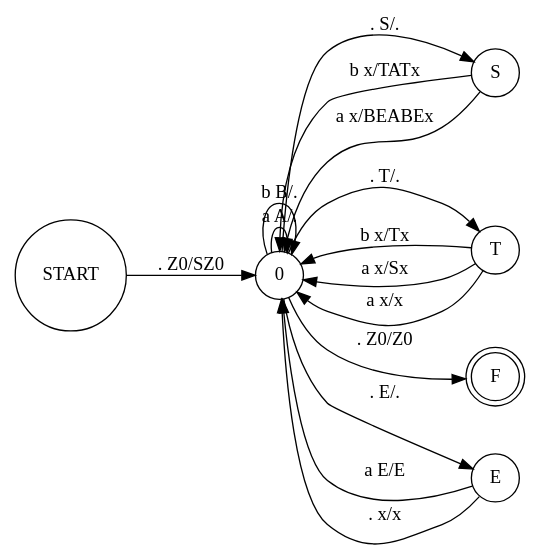
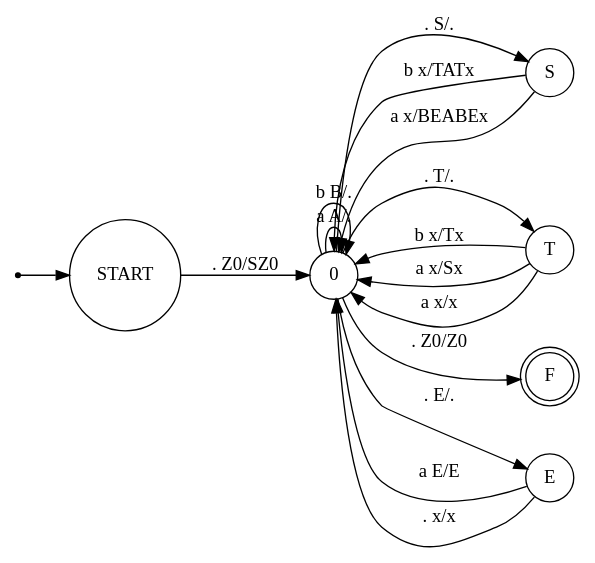
One commit to HumsterProgrammer/iu9-tfl-practice changed the third of 3 diagrams in Практика/РК1/Варианты/Вариант 1.md. Above: the diagram before and after it, drawn with Graphviz. The commit also changed other lines of this file, not shown here.

````diff
--- a/Практика/РК1/Варианты/Вариант 1.md
+++ b/Практика/РК1/Варианты/Вариант 1.md
@@ -171,31 +179,34 @@
 ```dot
 digraph{
 	rankdir=LR
 	node[shape=circle]
+	point[shape=point]
 	F [shape=doublecircle]
 
 	START
 	S
 	T
 	0
+
+	point -> START
 
 	START -> 0 [label=". Z0/SZ0"]
 	0 -> F [label=". Z0/Z0"]
 
 	0 -> S [label=". S/."]
 	S -> 0 [label="b x/TATx"]
 	S -> 0 [label="a x/BEABEx"]
 
 	0 -> T [label=". T/."]
 	T -> 0 [label="b x/Tx"]
 	T -> 0 [label="a x/Sx"]
 	T -> 0 [label="a x/x"]
 
 	0 -> E [label=". E/."]
 	E -> 0 [label="a E/E"]
 	E -> 0 [label=". x/x"]
 
 	0 -> 0 [label="a A/."]
 	0 -> 0 [label="b B/."]
 }
 ```
````
